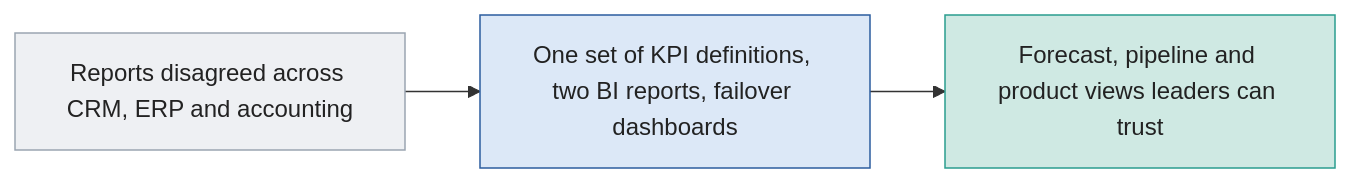
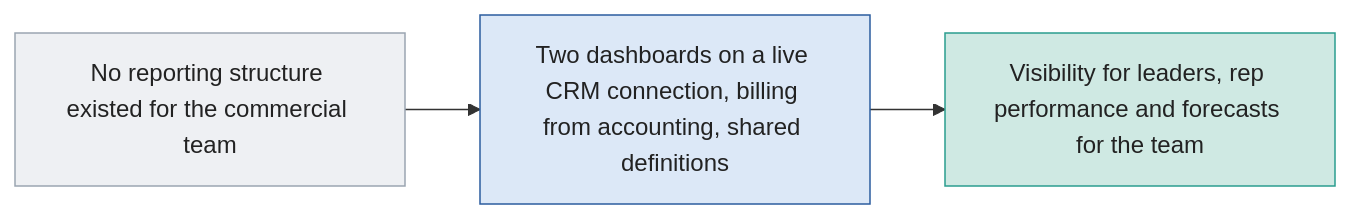
The diagram in 01-sales-kpi-dashboard/README.md (rbanola1/RevOps-Portfolio), drawn with Mermaid before and after one commit. The commit also changed other lines of this file and 24 other files, not shown here.

````diff
--- a/01-sales-kpi-dashboard/README.md
+++ b/01-sales-kpi-dashboard/README.md
@@ -8,10 +8,10 @@
 ```mermaid
 flowchart LR
-    A["Reports disagreed across CRM, ERP and accounting"] --> B["One set of KPI definitions, two BI reports, failover dashboards"] --> C["Forecast, pipeline and product views leaders can trust"]
+    A["No reporting structure existed for the commercial team"] --> B["Two dashboards on a live CRM connection, billing from accounting, shared definitions"] --> C["Visibility for leaders, rep performance and forecasts for the team"]
     classDef p fill:#EEF0F3,stroke:#9AA5B1,color:#222
     classDef b fill:#DCE8F7,stroke:#2B5C9E,color:#222
     classDef r fill:#CFE9E3,stroke:#2A9D8F,color:#222
     class A p
     class B b
     class C r
 ```
````
